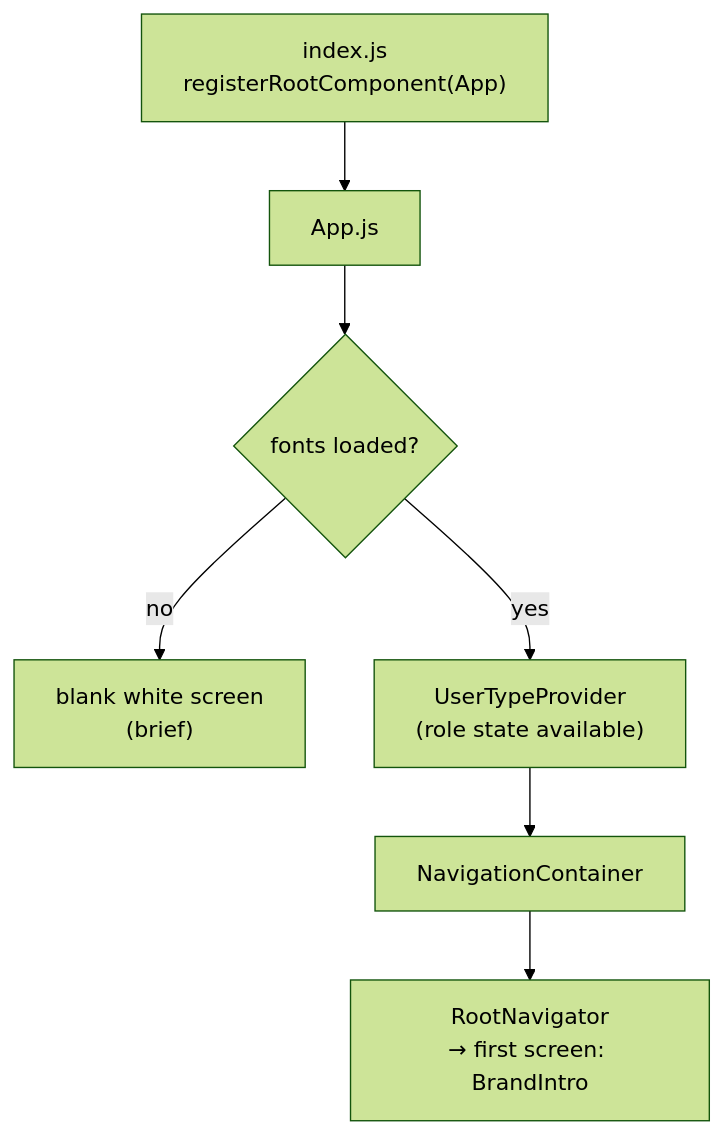
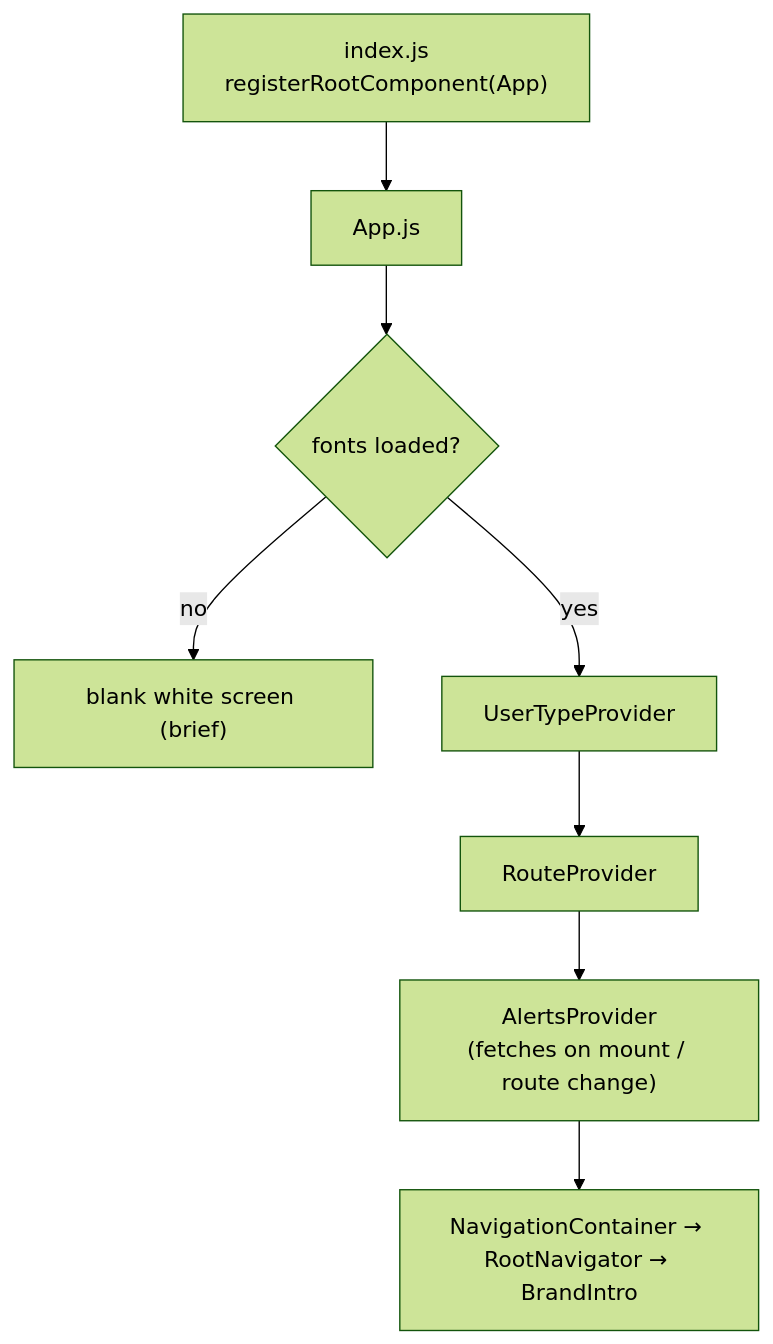
The second of 4 diagrams in frontend/Swiftly_Frontend_Documentation.md (claraPochama/swiftly-mvp-road-disruption-intelligence-system), drawn with Mermaid (forest theme) before and after one commit. The commit also changed other lines of this file and 1 other file, not shown here.

````diff
--- a/frontend/Swiftly_Frontend_Documentation.md
+++ b/frontend/Swiftly_Frontend_Documentation.md
@@ -148,9 +166,10 @@
 ```mermaid
 flowchart TD
     A["index.js<br/>registerRootComponent(App)"] --> B["App.js"]
     B --> C{"fonts loaded?"}
-    C -->|no| D["blank white screen<br/>(brief)"]
-    C -->|yes| E["UserTypeProvider<br/>(role state available)"]
-    E --> F["NavigationContainer"]
-    F --> G["RootNavigator<br/>→ first screen: BrandIntro"]
+    C -->|no| D["blank white screen (brief)"]
+    C -->|yes| E["UserTypeProvider"]
+    E --> F["RouteProvider"]
+    F --> G["AlertsProvider<br/>(fetches on mount / route change)"]
+    G --> H["NavigationContainer → RootNavigator → BrandIntro"]
 ```
````
